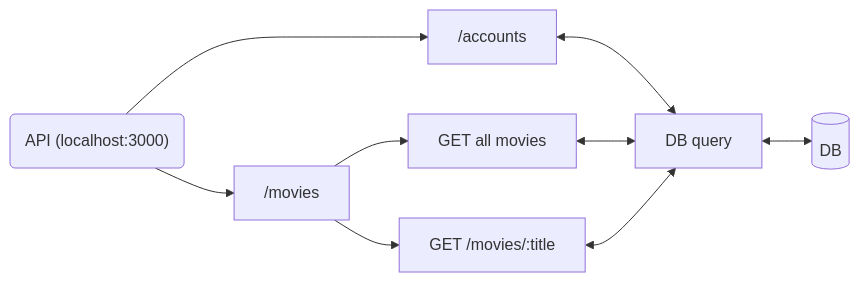
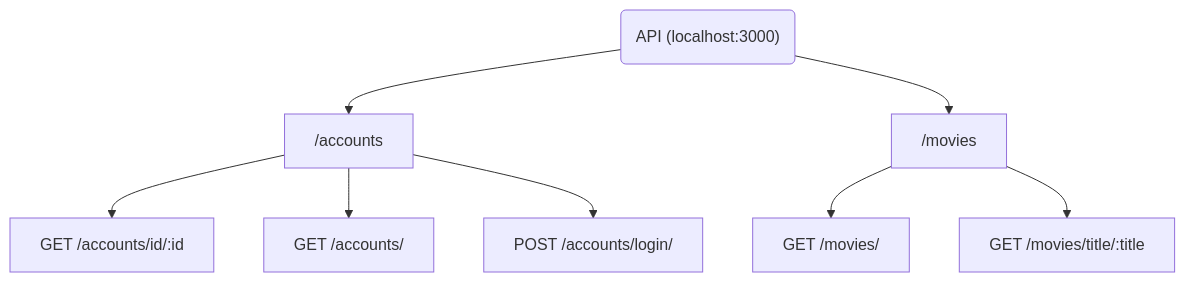
The second of 2 diagrams in README.md (25KMO-WebProject/TheRedCarpet), drawn with Mermaid before and after one commit. The commit also changed other lines of this file and 9 other files, not shown here.

````diff
--- a/README.md
+++ b/README.md
@@ -109,16 +109,16 @@
 ```mermaid
-graph LR
+graph TD
     A("API (localhost:3000)")
 
     A --> acc["/accounts"]
+    acc --> accId["GET /accounts/id/:id"]
+    acc --> accAll["GET /accounts/"]
+    acc --> accLogin["POST /accounts/login/"]
 
     A --> mov["/movies"]
-    mov --> all["GET all movies"]
+    mov --> movAll["GET /movies/"]
 
-    mov --> searchRoute["GET /movies/:title"]
+    mov --> movId["GET /movies/title/:title"]
 
-    acc <--> dbq["DB query"]
-    all <--> dbq
-    searchRoute <--> dbq
-    dbq <--> db[("DB")]
+
 ```
````
